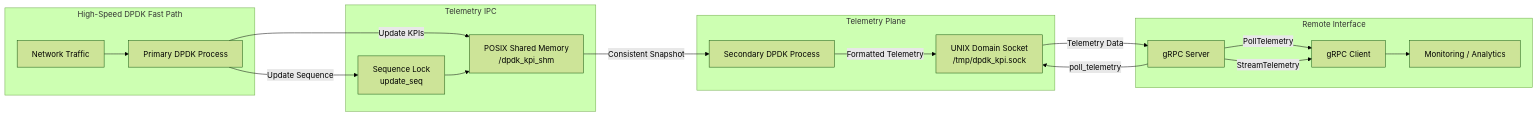
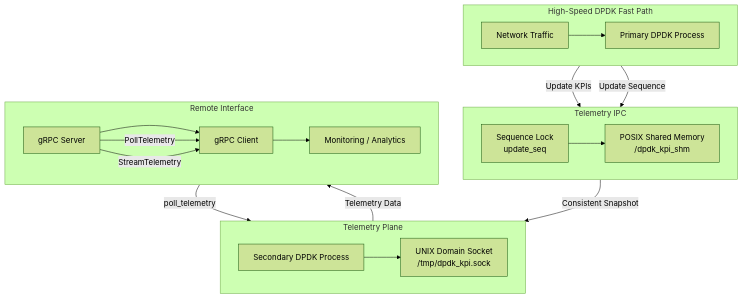
Before and after one commit to ronok-shahariar/ronok-shahariar.github.io: the seventh of 11 diagrams in _portfolio/2024-07-17-part3-dpdk-core.md, drawn with Mermaid (forest theme). The commit also changed other lines of this file and 11 other files, not shown here.

Commit message:
minor figure error

````diff
--- a/_portfolio/2024-07-17-part3-dpdk-core.md
+++ b/_portfolio/2024-07-17-part3-dpdk-core.md
@@ -391,59 +414,41 @@
 ```mermaid
-flowchart LR
+flowchart TD
 
     subgraph FASTPATH["High-Speed DPDK Fast Path"]
-
+        direction LR
         PACKETS["Network Traffic"]
-
         PRIMARY["Primary DPDK Process"]
-
+        PACKETS --> PRIMARY
     end
 
     subgraph IPC["Telemetry IPC"]
-
+        direction LR
+        SEQ["Sequence Lock<br/>update_seq"]
         SHM["POSIX Shared Memory<br/>/dpdk_kpi_shm"]
-
-        SEQ["Sequence Lock<br/>update_seq"]
-
+        SEQ --> SHM
     end
 
     subgraph TELEMETRY["Telemetry Plane"]
-
+        direction LR
         SECONDARY["Secondary DPDK Process"]
-
         SOCKET["UNIX Domain Socket<br/>/tmp/dpdk_kpi.sock"]
-
+        SECONDARY --> SOCKET
     end
 
     subgraph API["Remote Interface"]
-
+        direction LR
         GRPC["gRPC Server"]
-
         CLIENT["gRPC Client"]
-
         MONITOR["Monitoring / Analytics"]
-
+        GRPC --> CLIENT
+        CLIENT --> MONITOR
     end
 
-    PACKETS --> PRIMARY
-
-    PRIMARY -->|Update KPIs| SHM
-
-    PRIMARY -->|Update Sequence| SEQ
-
-    SEQ --> SHM
-
-    SHM -->|Consistent Snapshot| SECONDARY
-
-    SECONDARY -->|Formatted Telemetry| SOCKET
-
+    PRIMARY -->|"Update KPIs"| SHM
+    PRIMARY -->|"Update Sequence"| SEQ
+    SHM -->|"Consistent Snapshot"| SECONDARY
+    SOCKET -->|"Telemetry Data"| GRPC
     GRPC -->|"poll_telemetry"| SOCKET
-
-    SOCKET -->|Telemetry Data| GRPC
-
-    GRPC -->|PollTelemetry| CLIENT
-
-    GRPC -->|StreamTelemetry| CLIENT
-
-    CLIENT --> MONITOR
+    GRPC -->|"PollTelemetry"| CLIENT
+    GRPC -->|"StreamTelemetry"| CLIENT
 ```
````
